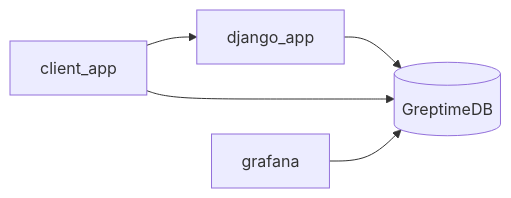
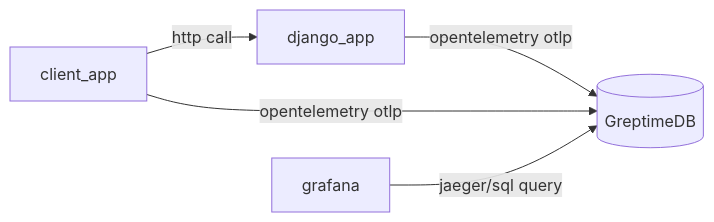
The diagram in opentelemetry-trace-django/README.md (GreptimeTeam/demo-scene), drawn with Mermaid before and after one commit. The commit also changed other lines of this file and 1 other file, not shown here.

````diff
--- a/opentelemetry-trace-django/README.md
+++ b/opentelemetry-trace-django/README.md
@@ -76,12 +82,13 @@
 ```mermaid
 flowchart LR
   greptimedb[(GreptimeDB)]
   django_app
   client_app
+  grafana
 
-  client_app --> django_app
-  django_app --> greptimedb
-  client_app --> greptimedb
+  client_app --> |http call| django_app
+  django_app --> |opentelemetry otlp| greptimedb
+  client_app --> |opentelemetry otlp| greptimedb
 
-  grafana --> greptimedb
+  grafana --> |jaeger/sql query| greptimedb
 ```
````
